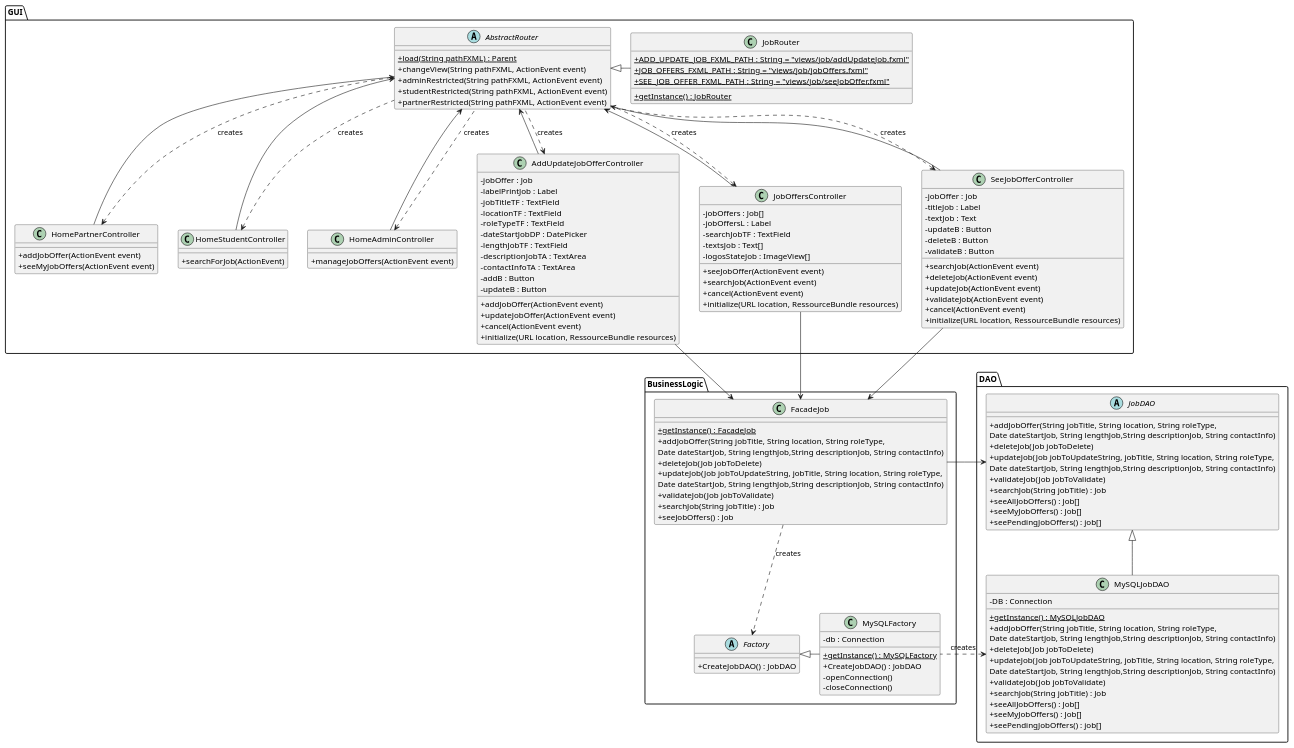
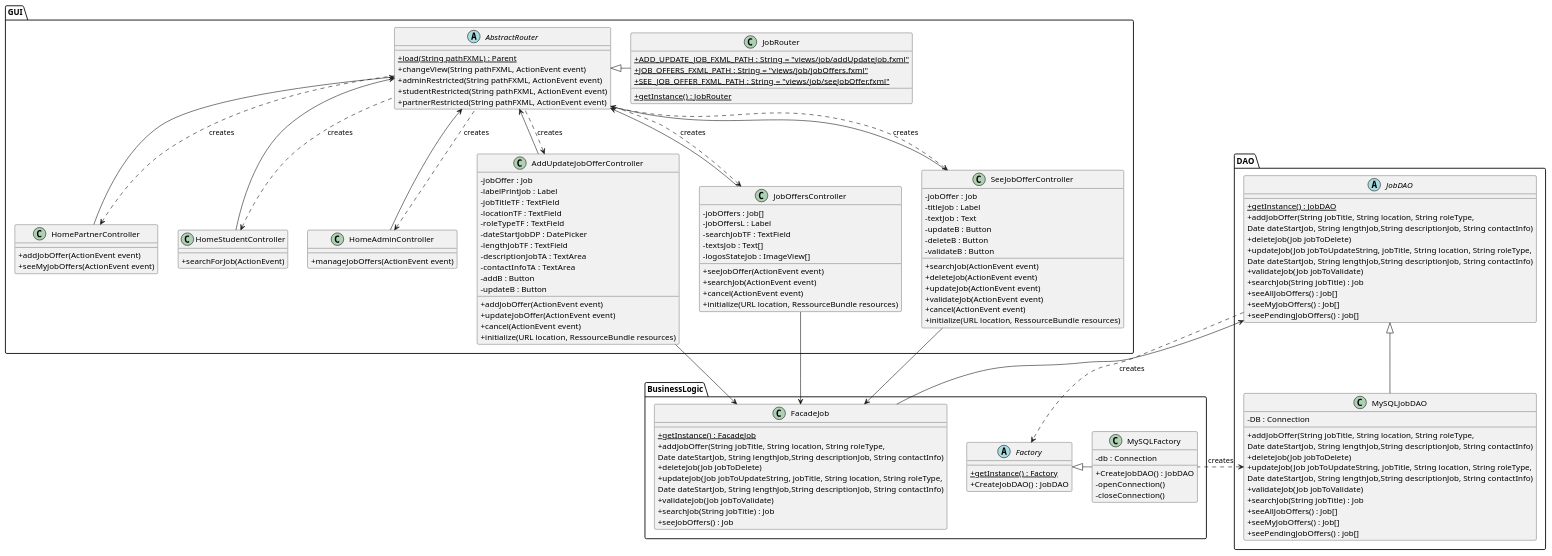
The diagram in project_diagrams/classDiagrams/jobManagement.puml (guiguie34/StudEasy), drawn with PlantUML before and after one commit. The commit also changed 10 other files, not shown here.

Commit message:
Final fix : class diagrams

```diff
--- a/project_diagrams/classDiagrams/jobManagement.puml
+++ b/project_diagrams/classDiagrams/jobManagement.puml
@@ -1,166 +1,165 @@
 @startuml
 skinparam classAttributeIconSize 0
 
 package GUI{
     abstract class AbstractRouter{
         + {static} load(String pathFXML) : Parent
         + changeView(String pathFXML, ActionEvent event)
         + adminRestricted(String pathFXML, ActionEvent event)
         + studentRestricted(String pathFXML, ActionEvent event)
         + partnerRestricted(String pathFXML, ActionEvent event)
     }
 
     class JobRouter{
         + {static} ADD_UPDATE_JOB_FXML_PATH : String = "views/job/addUpdateJob.fxml"
         + {static} JOB_OFFERS_FXML_PATH : String = "views/job/jobOffers.fxml"
         + {static} SEE_JOB_OFFER_FXML_PATH : String = "views/job/seeJobOffer.fxml"
         + {static} getInstance() : JobRouter
     }
 
     class HomePartnerController{
         + addJobOffer(ActionEvent event)
         + seeMyJobOffers(ActionEvent event)
     }
 
     class HomeStudentController{
         + searchForJob(ActionEvent)
     }
 
     class HomeAdminController{
         + manageJobOffers(ActionEvent event)
     }
 
     class AddUpdateJobOfferController{
         - jobOffer : Job
         - labelPrintJob : Label
         - jobTitleTF : TextField
         - locationTF : TextField
         - roleTypeTF : TextField
         - dateStartJobDP : DatePicker
         - lengthJobTF : TextField
         - descriptionJobTA : TextArea
         - contactInfoTA : TextArea
         - addB : Button
         - updateB : Button
         + addJobOffer(ActionEvent event)
         + updateJobOffer(ActionEvent event)
         + cancel(ActionEvent event)
         + initialize(URL location, RessourceBundle resources)
     }
 
     class JobOffersController{
         - jobOffers : Job[]
         - jobOffersL : Label
         - searchJobTF : TextField
         - textsJob : Text[]
         - logosStateJob : ImageView[]
         + seeJobOffer(ActionEvent event)
         + searchJob(ActionEvent event)
         + cancel(ActionEvent event)
         + initialize(URL location, RessourceBundle resources)
     }
 
     class SeeJobOfferController{
         - jobOffer : Job
         - titleJob : Label
         - textJob : Text
         - updateB : Button
         - deleteB : Button
         - validateB : Button
         + searchJob(ActionEvent event)
         + deleteJob(ActionEvent event)
         + updateJob(ActionEvent event)
         + validateJob(ActionEvent event)
         + cancel(ActionEvent event)
         + initialize(URL location, RessourceBundle resources)
     }
 
         AbstractRouter <|-right- JobRouter
 
         AbstractRouter <-- HomePartnerController
         AbstractRouter <-- HomeStudentController
         AbstractRouter <-- HomeAdminController
         AbstractRouter <-- AddUpdateJobOfferController
         AbstractRouter <-- JobOffersController
         AbstractRouter <-- SeeJobOfferController
 
         HomePartnerController <.. AbstractRouter : creates
         HomeStudentController <.. AbstractRouter : creates
         HomeAdminController <.. AbstractRouter : creates
         AddUpdateJobOfferController <.. AbstractRouter : creates
         JobOffersController <.. AbstractRouter : creates
         SeeJobOfferController <.. AbstractRouter : creates
 }
 
 package BusinessLogic{
 
     class FacadeJob{
         + {static} getInstance() : FacadeJob
         + addJobOffer(String jobTitle, String location, String roleType,
          Date dateStartJob, String lengthJob,String descriptionJob, String contactInfo)
         + deleteJob(Job jobToDelete)
         + updateJob(Job jobToUpdateString, jobTitle, String location, String roleType,
           Date dateStartJob, String lengthJob,String descriptionJob, String contactInfo)
         + validateJob(Job jobToValidate)
         + searchJob(String jobTitle) : Job
         + seeJobOffers() : Job
     }
 
     abstract class Factory{
+        + {static} getInstance() : Factory
         + CreateJobDAO() : JobDAO
     }
 
     class MySQLFactory{
         - db : Connection
-        + {static} getInstance() : MySQLFactory
         + CreateJobDAO() : JobDAO
         - openConnection()
         - closeConnection()
     }
 
 
     AddUpdateJobOfferController --> FacadeJob
     JobOffersController --> FacadeJob
     SeeJobOfferController --> FacadeJob
 
-    FacadeJob ..> Factory  : creates
     MySQLFactory -left-|> Factory
 }
 
 package DAO{
 
     abstract class JobDAO{
+        + {static} getInstance() : JobDAO
         + addJobOffer(String jobTitle, String location, String roleType,
          Date dateStartJob, String lengthJob,String descriptionJob, String contactInfo)
         + deleteJob(Job jobToDelete)
         + updateJob(Job jobToUpdateString, jobTitle, String location, String roleType,
           Date dateStartJob, String lengthJob,String descriptionJob, String contactInfo)
         + validateJob(Job jobToValidate)
         + searchJob(String jobTitle) : Job
         + seeAllJobOffers() : Job[]
         + seeMyJobOffers() : Job[]
         + seePendingJobOffers() : job[]
     }
 
     class MySQLJobDAO{
         - DB : Connection
-        + {static} getInstance() : MySQLJobDAO
         + addJobOffer(String jobTitle, String location, String roleType,
          Date dateStartJob, String lengthJob,String descriptionJob, String contactInfo)
         + deleteJob(Job jobToDelete)
         + updateJob(Job jobToUpdateString, jobTitle, String location, String roleType,
           Date dateStartJob, String lengthJob,String descriptionJob, String contactInfo)
         + validateJob(Job jobToValidate)
         + searchJob(String jobTitle) : Job
         + seeAllJobOffers() : Job[]
         + seeMyJobOffers() : Job[]
         + seePendingJobOffers() : job[]
     }
 
     MySQLJobDAO -up-|> JobDAO
     JobDAO <-right- FacadeJob
-
+    JobDAO ..> Factory  : creates
     MySQLJobDAO <.right. MySQLFactory : creates
 }
 
 @enduml
```
